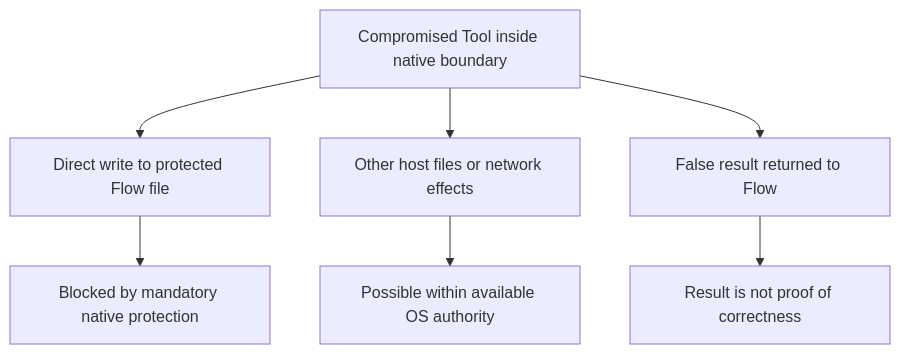
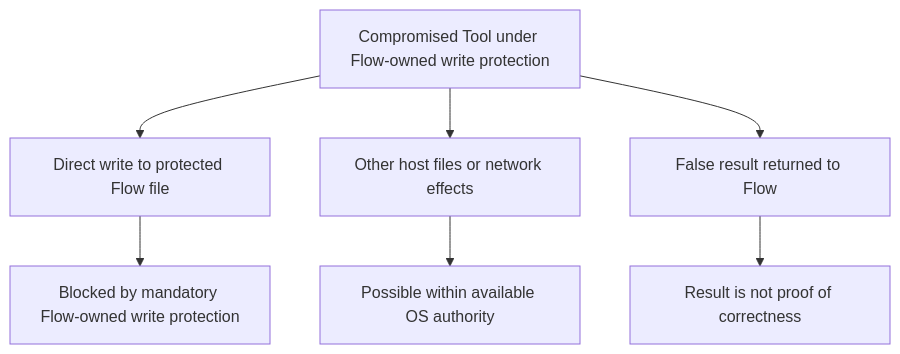
The third of 9 diagrams in docs/concept/flow-agent-executor-architecture.md (Open-Equilibrium/watershed), drawn with Mermaid before and after one commit. The commit also changed other lines of this file and 14 other files, not shown here.

First line of the commit message:
docs: name Flow Agent's file protection Flow-owned write protection

````diff
--- a/docs/concept/flow-agent-executor-architecture.md
+++ b/docs/concept/flow-agent-executor-architecture.md
@@ -44,9 +44,9 @@
 ```mermaid
 flowchart TD
-  Tool["Compromised Tool inside native boundary"] --> FlowWrite["Direct write to protected Flow file"]
-  FlowWrite --> Denied["Blocked by mandatory native protection"]
+  Tool["Compromised Tool under Flow-owned write protection"] --> FlowWrite["Direct write to protected Flow file"]
+  FlowWrite --> Denied["Blocked by mandatory Flow-owned write protection"]
   Tool --> Project["Other host files or network effects"]
   Project --> Authority["Possible within available OS authority"]
   Tool --> Lie["False result returned to Flow"]
   Lie --> Untrusted["Result is not proof of correctness"]
 ```
````
